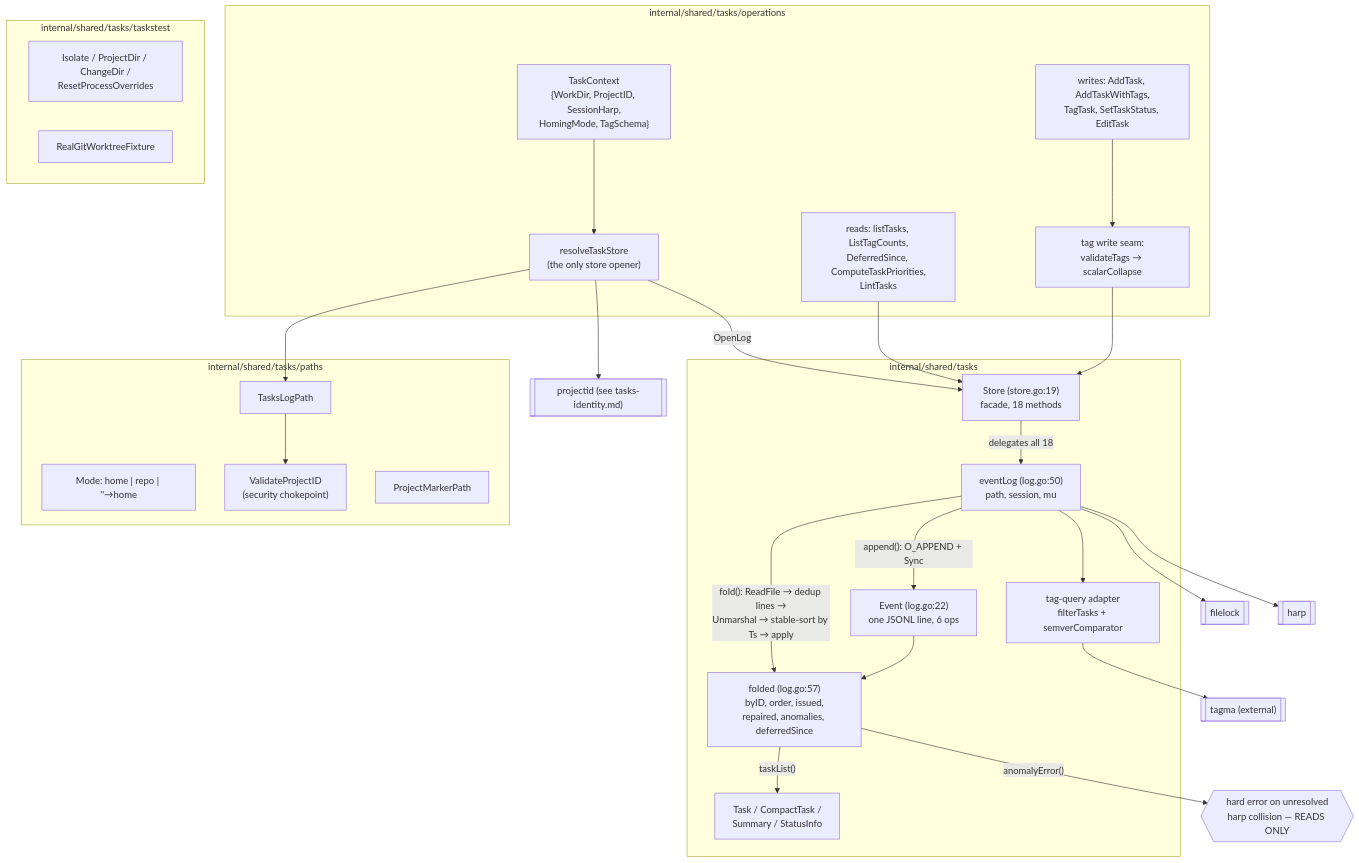
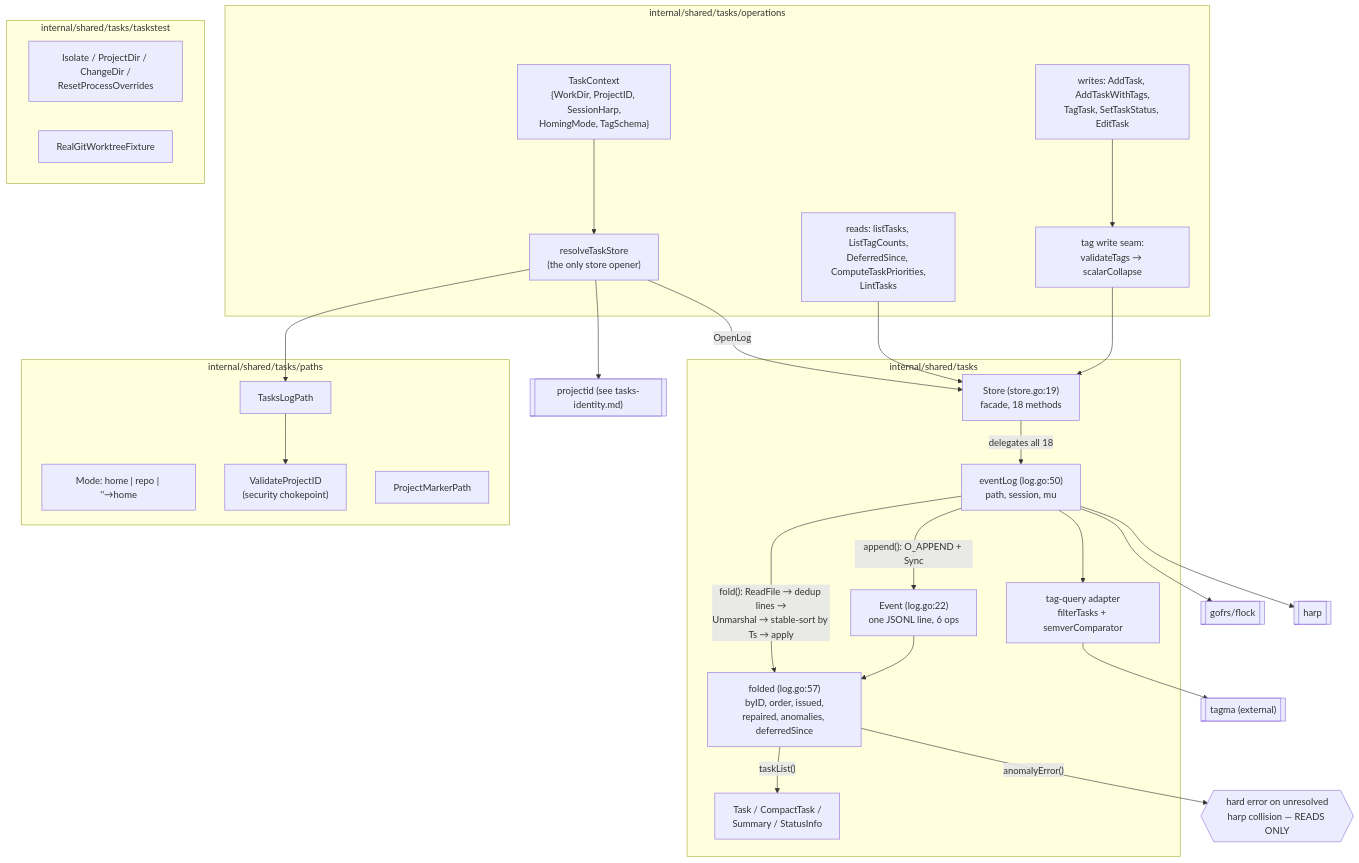
Before and after one commit to ctxloom/ctxloom: the diagram in docs/architecture/shared/tasks-store.md, drawn with Mermaid. The commit also changed 29 other files, not shown here.

````diff
--- a/docs/architecture/shared/tasks-store.md
+++ b/docs/architecture/shared/tasks-store.md
@@ -7,49 +7,49 @@
 ```mermaid
 flowchart TD
     subgraph ops["internal/shared/tasks/operations"]
         TC["TaskContext<br/>{WorkDir, ProjectID, SessionHarp,<br/>HomingMode, TagSchema}"]
         RTS["resolveTaskStore<br/>(the only store opener)"]
         READS["reads: listTasks, ListTagCounts,<br/>DeferredSince, ComputeTaskPriorities,<br/>LintTasks"]
         WRITES["writes: AddTask, AddTaskWithTags,<br/>TagTask, SetTaskStatus, EditTask"]
         SEAM["tag write seam:<br/>validateTags → scalarCollapse"]
     end
 
     subgraph store["internal/shared/tasks"]
         Store["Store (store.go:19)<br/>facade, 18 methods"]
         eventLog["eventLog (log.go:50)<br/>path, session, mu"]
         Event["Event (log.go:22)<br/>one JSONL line, 6 ops"]
         folded["folded (log.go:57)<br/>byID, order, issued,<br/>repaired, anomalies, deferredSince"]
         Task["Task / CompactTask /<br/>Summary / StatusInfo"]
         QA["tag-query adapter<br/>filterTasks + semverComparator"]
     end
 
     subgraph pathspkg["internal/shared/tasks/paths"]
         Mode["Mode: home | repo | ''→home"]
         TLP["TasksLogPath"]
         VPI["ValidateProjectID<br/>(security chokepoint)"]
         PMP["ProjectMarkerPath"]
     end
 
     TC --> RTS
     RTS --> TLP
     TLP --> VPI
     RTS -->|"OpenLog"| Store
     READS --> Store
     WRITES --> SEAM --> Store
     Store -->|"delegates all 18"| eventLog
     eventLog -->|"fold(): ReadFile → dedup lines →<br/>Unmarshal → stable-sort by Ts → apply"| folded
     eventLog -->|"append(): O_APPEND + Sync"| Event
     Event --> folded
     folded -->|"taskList()"| Task
     folded -->|"anomalyError()"| ERR{{"hard error on unresolved<br/>harp collision — READS ONLY"}}
     eventLog --> QA
     QA --> tagma[["tagma (external)"]]
-    eventLog --> filelock[["filelock"]]
+    eventLog --> flocklib[["gofrs/flock"]]
     eventLog --> harp[["harp"]]
     RTS --> projectid[["projectid (see tasks-identity.md)"]]
 
     subgraph tt["internal/shared/tasks/taskstest"]
         ISO["Isolate / ProjectDir / ChangeDir /<br/>ResetProcessOverrides"]
         RGF["RealGitWorktreeFixture"]
     end
 ```
````
